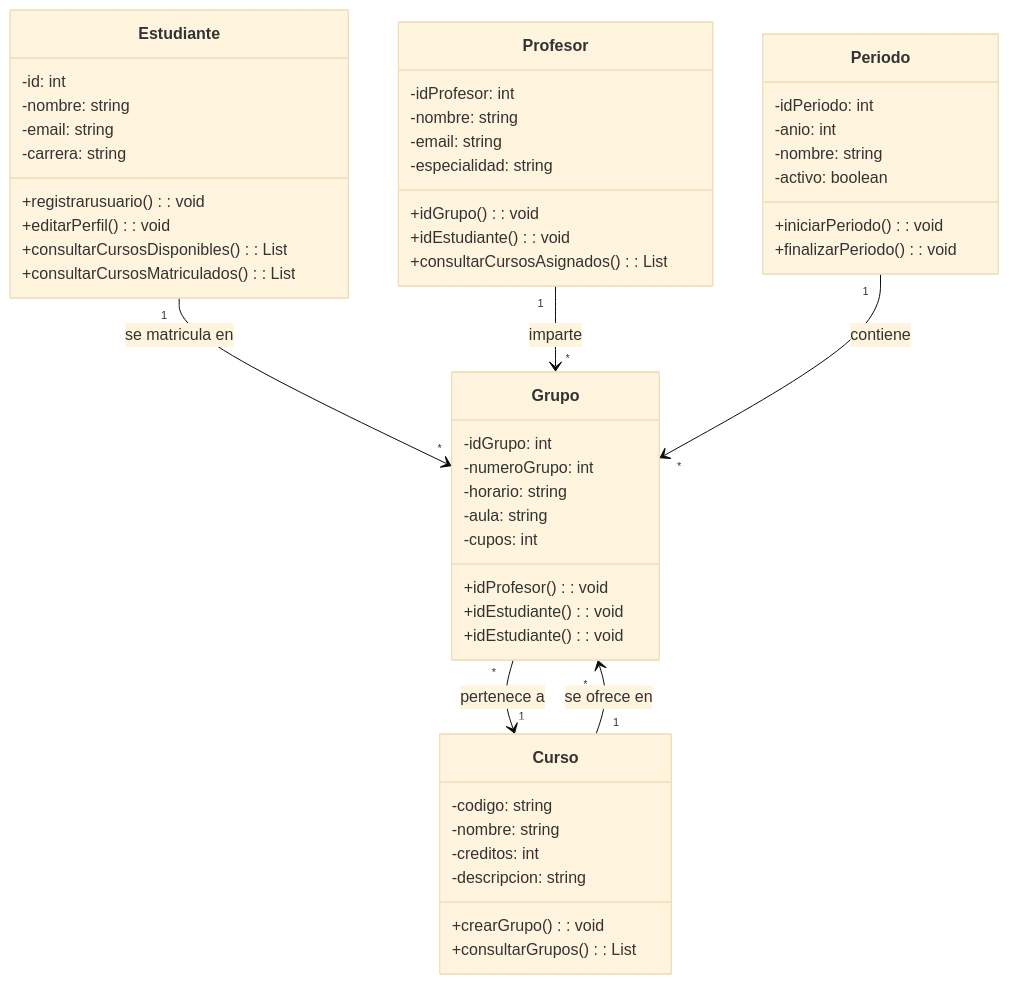
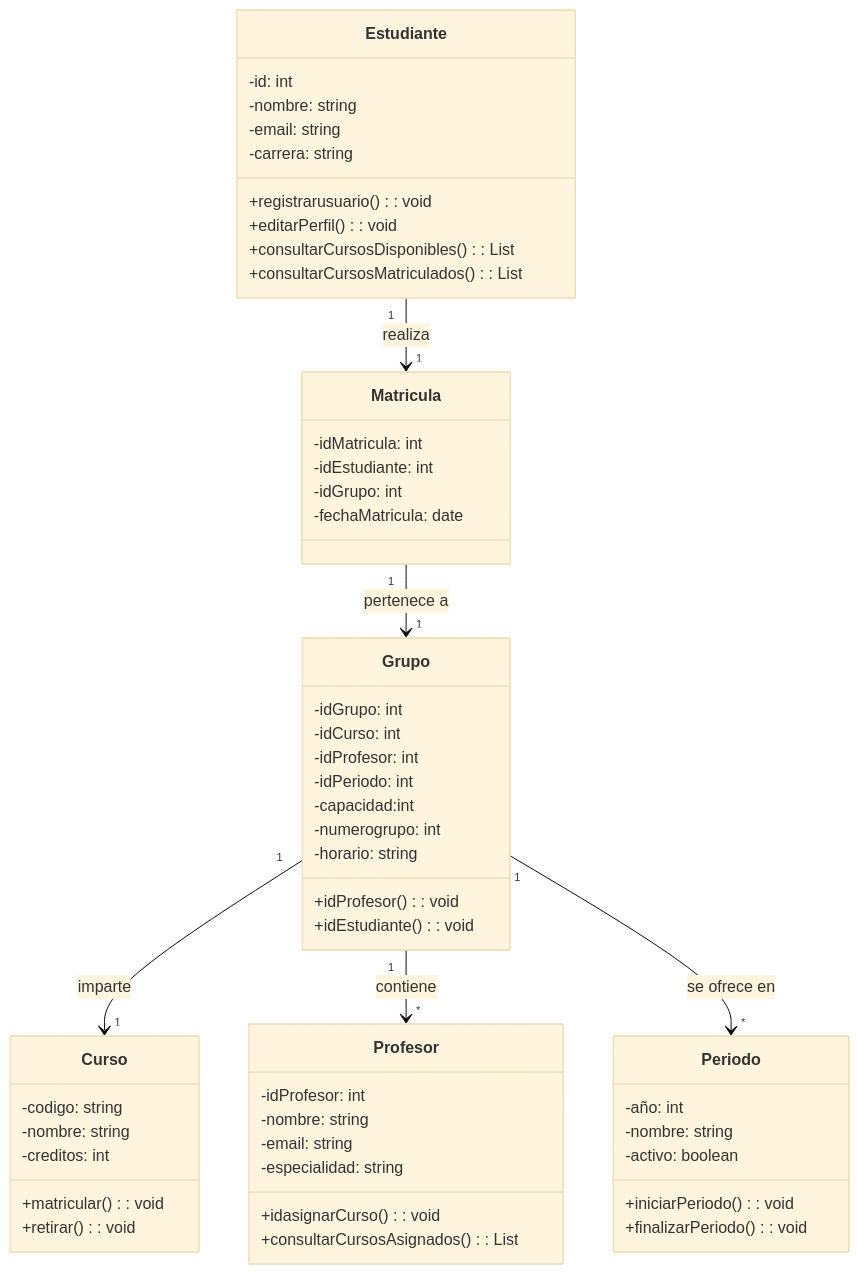
Before and after one commit to eam-cr/II-51-Laboratorios: the diagram in LAB 1/Diagrama de clase.mmd, drawn with Mermaid (base theme). The commit also changed other lines of this file, not shown here.

Commit message:
Modificaciones en el diagrama de clases

```diff
--- a/LAB 1/Diagrama de clase.mmd
+++ b/LAB 1/Diagrama de clase.mmd
@@ -1,56 +1,61 @@
 classDiagram
     class Estudiante {
         -id: int
         -nombre: string
         -email: string
         -carrera: string
         +registrarusuario(): void
         +editarPerfil(): void
         +consultarCursosDisponibles(): List<Curso>
         +consultarCursosMatriculados(): List<Grupo>
     }
 
     class Profesor {
         -idProfesor: int
         -nombre: string
         -email: string
         -especialidad: string
-        +idGrupo(): void
-        +idEstudiante(): void
+        +idasignarCurso(): void
         +consultarCursosAsignados(): List<Curso>
     }
 
     class Curso {
         -codigo: string
         -nombre: string
         -creditos: int
-        -descripcion: string
-        +crearGrupo(): void
-        +consultarGrupos(): List<Grupo>
+        +matricular(): void
+        +retirar(): void
     }
 
     class Grupo {
         -idGrupo: int
-        -numeroGrupo: int
+        -idCurso: int
+        -idProfesor: int
+        -idPeriodo: int
+        -capacidad:int 
+        -numerogrupo: int
         -horario: string
-        -aula: string
-        -cupos: int
         +idProfesor(): void
-        +idEstudiante(): void
         +idEstudiante(): void
     }
 
     class Periodo {
-        -idPeriodo: int
-        -anio: int
+        -año: int
         -nombre: string
         -activo: boolean
         +iniciarPeriodo(): void
         +finalizarPeriodo(): void
     }
 
-    Estudiante "1" --> "*" Grupo : se matricula en
-    Grupo "*" --> "1" Curso : pertenece a
-    Profesor "1" --> "*" Grupo : imparte
-    Periodo "1" --> "*" Grupo : contiene
-    Curso "1" --> "*" Grupo : se ofrece en
+    class Matricula{
+        -idMatricula: int
+        -idEstudiante: int
+        -idGrupo: int
+        -fechaMatricula: date
+    }
+
+    Estudiante "1" --> "1" Matricula : realiza
+    Matricula "1" --> "1" Grupo : pertenece a
+    Grupo "1" --> "1" Curso : imparte
+    Grupo "1" --> "*" Profesor : contiene
+    Grupo "1" --> "*" Periodo : se ofrece en
```
